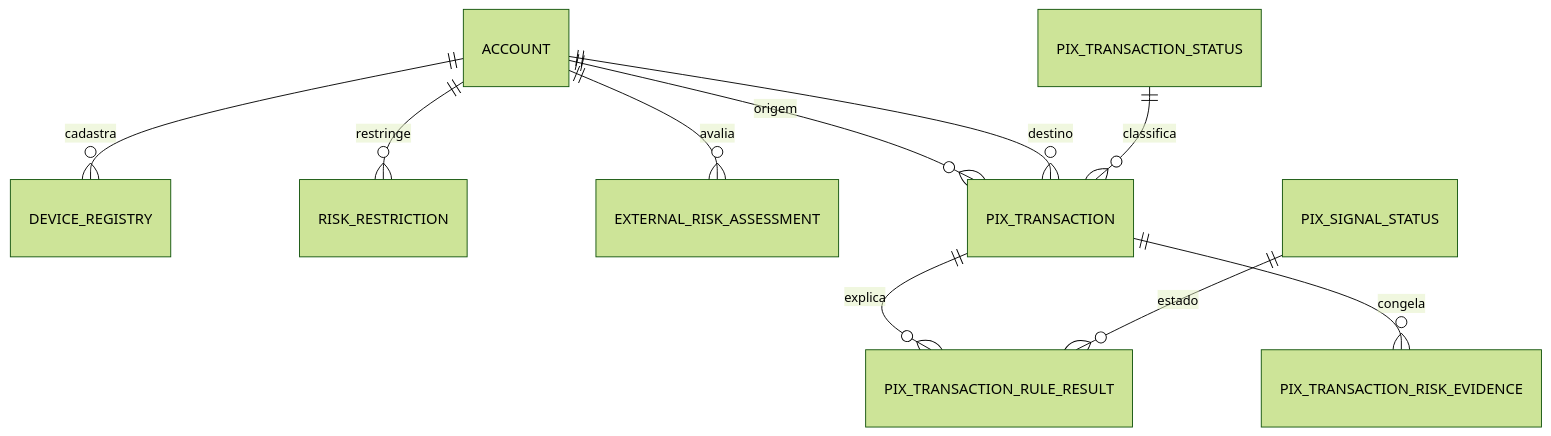
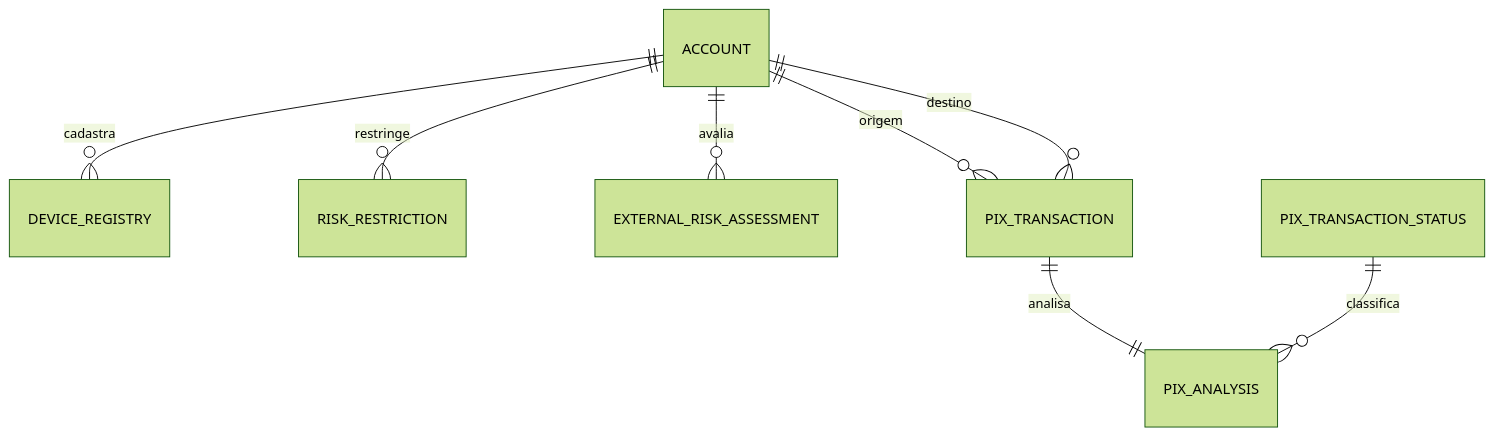
One commit to Rafael-Lombardi/Hackathon-QITech changed the second of 2 diagrams in README.md. Above: the diagram before and after it, drawn with Mermaid (forest theme). The commit also changed other lines of this file and 21 other files, not shown here.

````diff
--- a/README.md
+++ b/README.md
@@ -309,12 +324,10 @@
 ```mermaid
 erDiagram
     ACCOUNT ||--o{ DEVICE_REGISTRY : cadastra
     ACCOUNT ||--o{ RISK_RESTRICTION : restringe
     ACCOUNT ||--o{ EXTERNAL_RISK_ASSESSMENT : avalia
     ACCOUNT ||--o{ PIX_TRANSACTION : origem
     ACCOUNT ||--o{ PIX_TRANSACTION : destino
-    PIX_TRANSACTION ||--o{ PIX_TRANSACTION_RULE_RESULT : explica
-    PIX_TRANSACTION ||--o{ PIX_TRANSACTION_RISK_EVIDENCE : congela
-    PIX_TRANSACTION_STATUS ||--o{ PIX_TRANSACTION : classifica
-    PIX_SIGNAL_STATUS ||--o{ PIX_TRANSACTION_RULE_RESULT : estado
+    PIX_TRANSACTION ||--|| PIX_ANALYSIS : analisa
+    PIX_TRANSACTION_STATUS ||--o{ PIX_ANALYSIS : classifica
 ```
````
